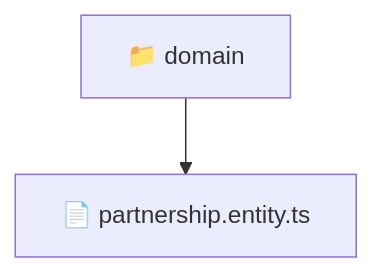
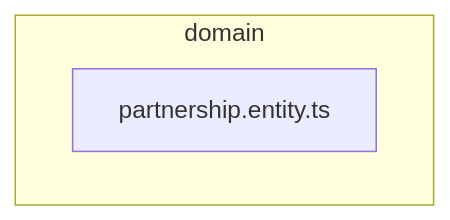
Before and after one commit to beginwebdev2002/fullstack-mavluda: the diagram in backend/src/modules/partnership/domain/README.md, drawn with Mermaid. The commit also changed other lines of this file and 163 other files, not shown here.

````diff
--- a/backend/src/modules/partnership/domain/README.md
+++ b/backend/src/modules/partnership/domain/README.md
@@ -9,5 +15,6 @@
 ```mermaid
 graph TD
-  Root["📁 domain"]
-  Root --> partnership_entity_ts["📄 partnership.entity.ts"]
+  subgraph domain
+    partnership_entity_ts["partnership.entity.ts"]
+  end
 ```
````
